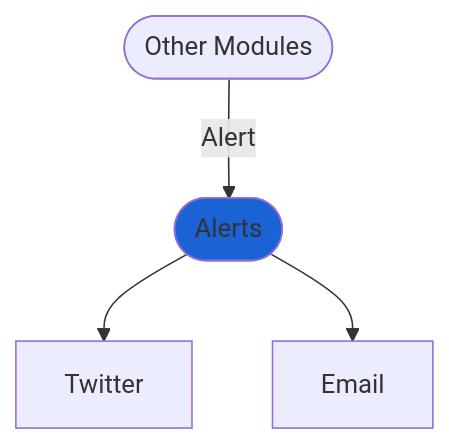
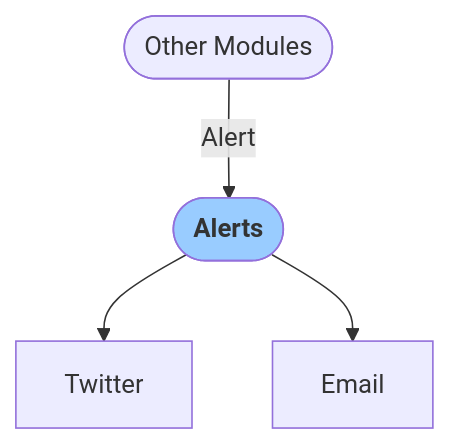
The diagram in docs/grillo-console/modules/alert modules/alerts.md (grillo/grillo-docs), drawn with Mermaid before and after one commit. The commit also changed 38 other files, not shown here.

````diff
--- a/docs/grillo-console/modules/alert modules/alerts.md
+++ b/docs/grillo-console/modules/alert modules/alerts.md
@@ -9,5 +9,5 @@
 ```mermaid
 flowchart TB
-   B([Other Modules])-->|Alert| C([Alerts]) --> D[Twitter] & E[Email]
-   style C fill:#1b62d4
+   B([Other Modules])-->|Alert| C([<font color=333333><b>Alerts</b>]) --> D[Twitter] & E[Email]
+   style C fill:#99CCFF
 ```
````
